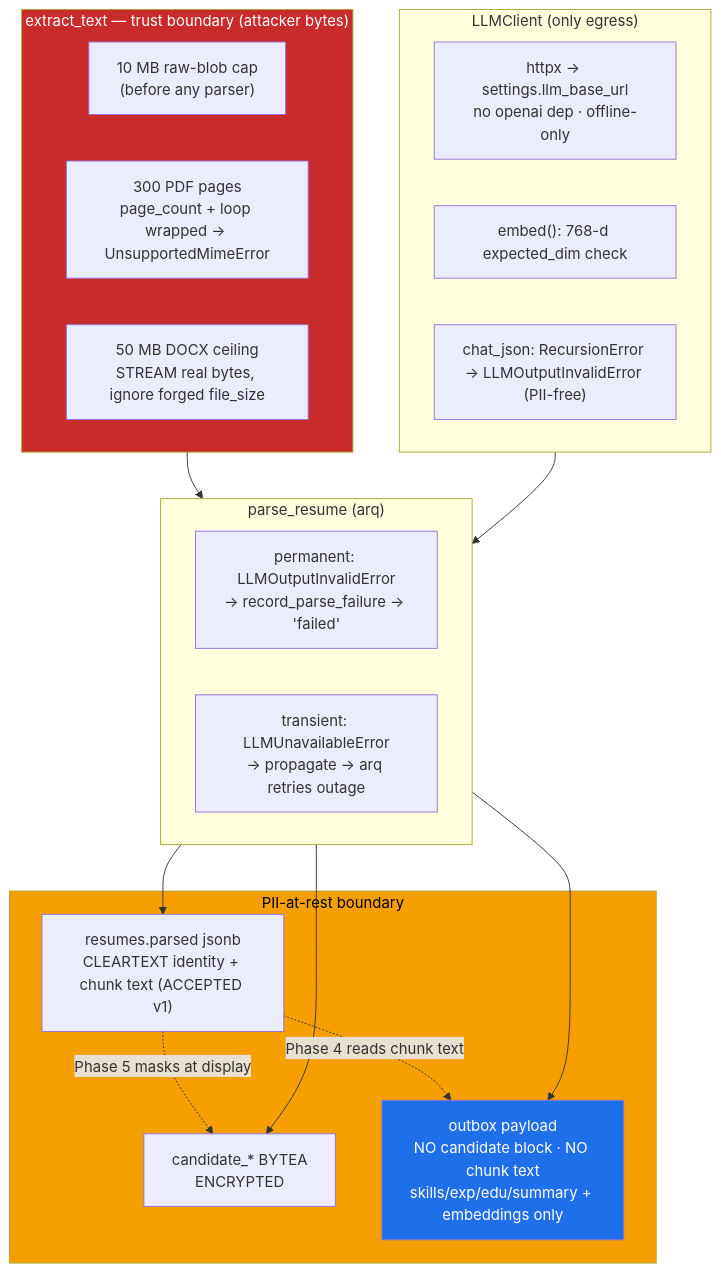
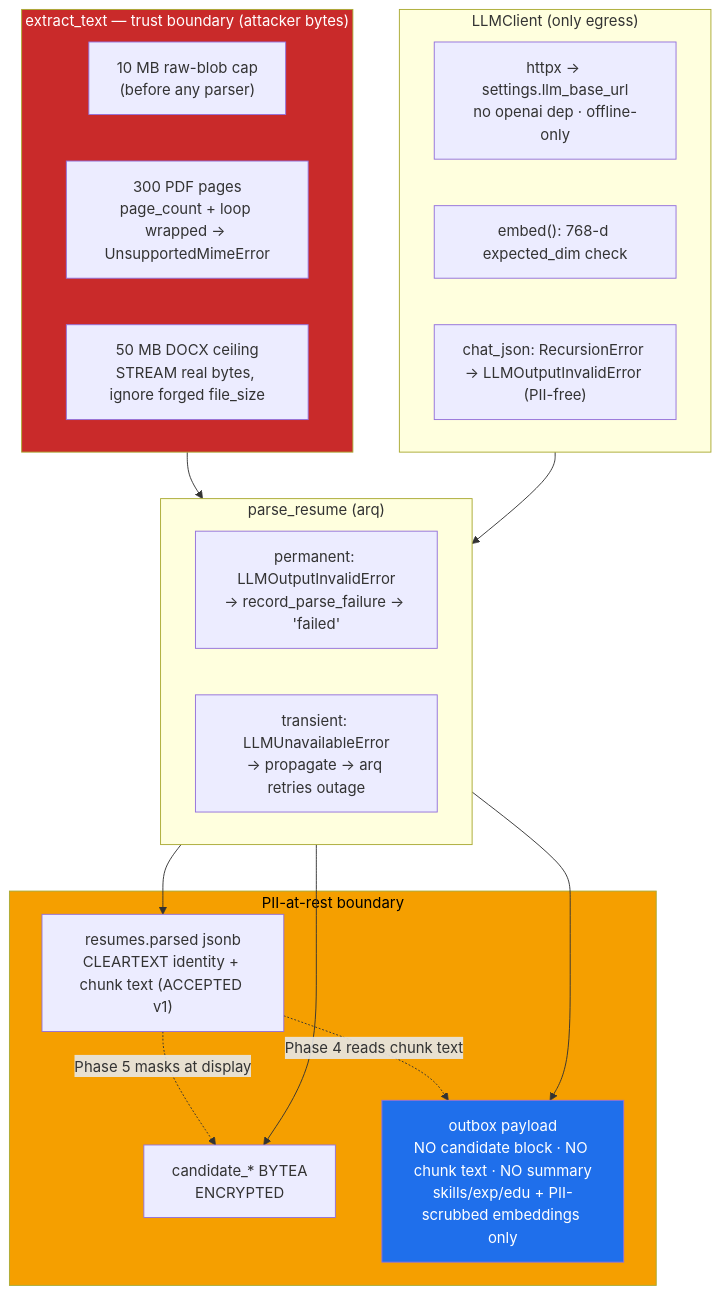
One commit to humanaxiom/recruiter-assistant changed the diagram in docs/adr/007-phase3-ingest-parse-hardening.md. Above: the diagram before and after it, drawn with Mermaid. The commit also changed other lines of this file and 7 other files, not shown here.

Commit message:
green: close round-3 security findings (F1 embed-boundary PII scrub, F2 outbox summary excl, parse_job embed guard, F3 fail-loud empty PII key, F5 needs_pass wrap) + ADR-007 §7

````diff
--- a/docs/adr/007-phase3-ingest-parse-hardening.md
+++ b/docs/adr/007-phase3-ingest-parse-hardening.md
@@ -130,37 +152,37 @@
 ```mermaid
 graph TB
     subgraph Trust["extract_text — trust boundary (attacker bytes)"]
         CAP1["10 MB raw-blob cap<br/>(before any parser)"]
         CAP2["300 PDF pages<br/>page_count + loop wrapped -> UnsupportedMimeError"]
         CAP3["50 MB DOCX ceiling<br/>STREAM real bytes, ignore forged file_size"]
     end
 
     subgraph LLM["LLMClient (only egress)"]
         EGRESS["httpx -> settings.llm_base_url<br/>no openai dep · offline-only"]
         DIM["embed(): 768-d expected_dim check"]
         REC["chat_json: RecursionError -> LLMOutputInvalidError (PII-free)"]
     end
 
     subgraph Parse["parse_resume (arq)"]
         PERM["permanent: LLMOutputInvalidError<br/>-> record_parse_failure -> 'failed'"]
         TRANS["transient: LLMUnavailableError<br/>-> propagate -> arq retries outage"]
     end
 
     subgraph PII["PII-at-rest boundary"]
         ENC["candidate_* BYTEA<br/>ENCRYPTED"]
         PARSED["resumes.parsed jsonb<br/>CLEARTEXT identity + chunk text (ACCEPTED v1)"]
-        OUT["outbox payload<br/>NO candidate block · NO chunk text<br/>skills/exp/edu/summary + embeddings only"]
+        OUT["outbox payload<br/>NO candidate block · NO chunk text · NO summary<br/>skills/exp/edu + PII-scrubbed embeddings only"]
     end
 
     Trust --> Parse
     LLM --> Parse
     Parse --> ENC
     Parse --> PARSED
     Parse --> OUT
     PARSED -.->|Phase 4 reads chunk text| OUT
     PARSED -.->|Phase 5 masks at display| ENC
 
     style Trust fill:#C92A2A,color:#fff
     style PII fill:#F59F00,color:#000
     style OUT fill:#1F6FEB,color:#fff
 ```
````
